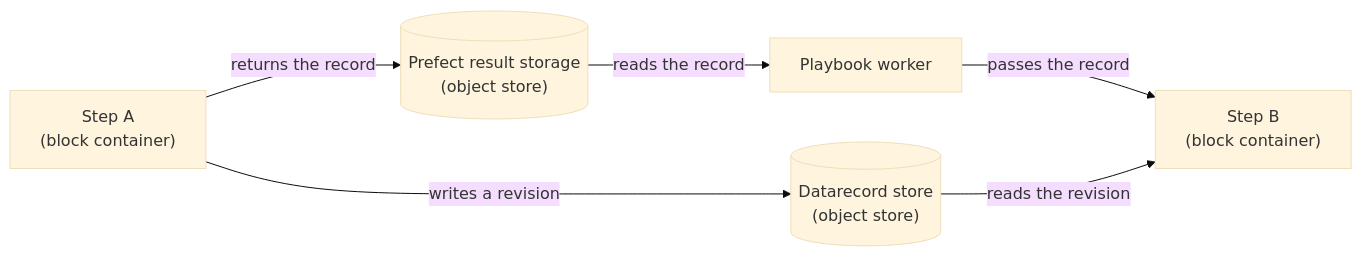
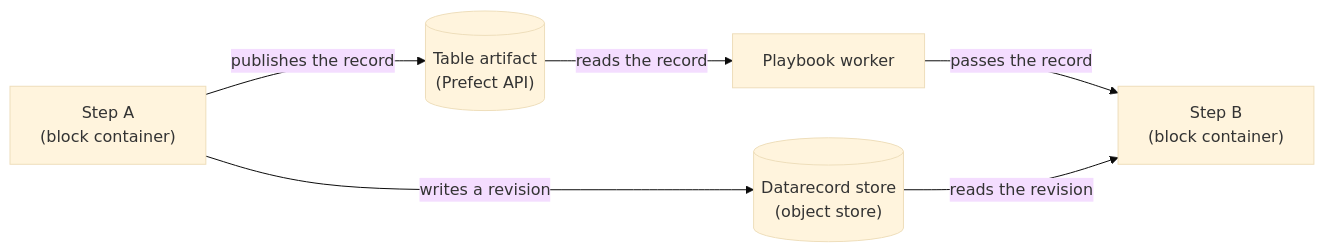
Before and after one commit to manta-plan/manta: the diagram in docs/explanation/run-lifecycle.md, drawn with Mermaid (base theme). The commit also changed other lines of this file and 14 other files, not shown here.

````diff
--- a/docs/explanation/run-lifecycle.md
+++ b/docs/explanation/run-lifecycle.md
@@ -127,8 +127,8 @@
 ```mermaid
 flowchart LR
     a["Step A<br/>(block container)"] -- "writes a revision" --> store[("Datarecord store<br/>(object store)")]
-    a -- "returns the record" --> results[("Prefect result storage<br/>(object store)")]
+    a -- "publishes the record" --> results[("Table artifact<br/>(Prefect API)")]
     results -- "reads the record" --> pw["Playbook worker"]
     pw -- "passes the record" --> b["Step B<br/>(block container)"]
     store -- "reads the revision" --> b
 ```
````
